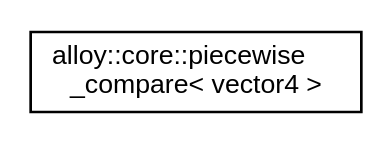
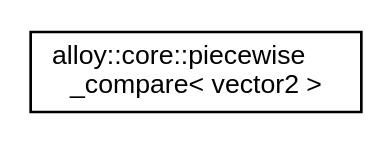
The diagram in api/latest/inherit_graph_29.dot (bitwizeshift/Alloy), drawn with Graphviz before and after one commit. The commit also changed 391 other files, not shown here.

```diff
--- a/api/latest/inherit_graph_29.dot
+++ b/api/latest/inherit_graph_29.dot
@@ -1,7 +1,7 @@
 digraph "Graphical Class Hierarchy"
 {
   edge [fontname="Helvetica",fontsize="10",labelfontname="Helvetica",labelfontsize="10"];
   node [fontname="Helvetica",fontsize="10",shape=record];
   rankdir="LR";
-  Node1 [label="alloy::core::piecewise\l_compare\< vector4 \>",height=0.2,width=0.4,color="black", fillcolor="white", style="filled",URL="$de/d14/structalloy_1_1core_1_1piecewise__compare_3_01vector4_01_4.html"];
+  Node1 [label="alloy::core::piecewise\l_compare\< vector2 \>",height=0.2,width=0.4,color="black", fillcolor="white", style="filled",URL="$d1/df7/structalloy_1_1core_1_1piecewise__compare_3_01vector2_01_4.html"];
 }
```
